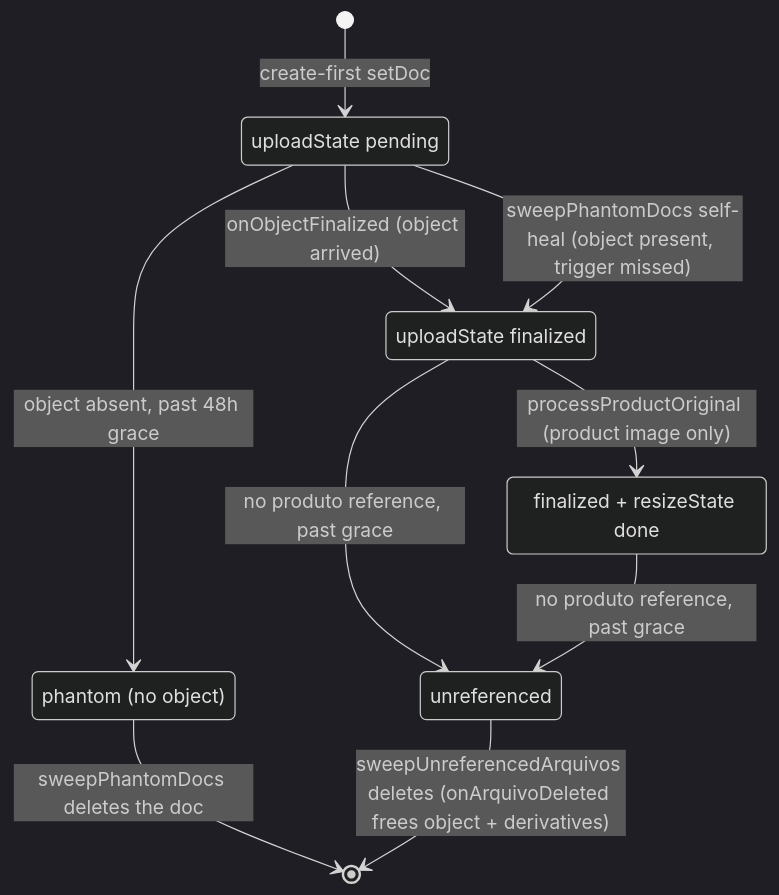
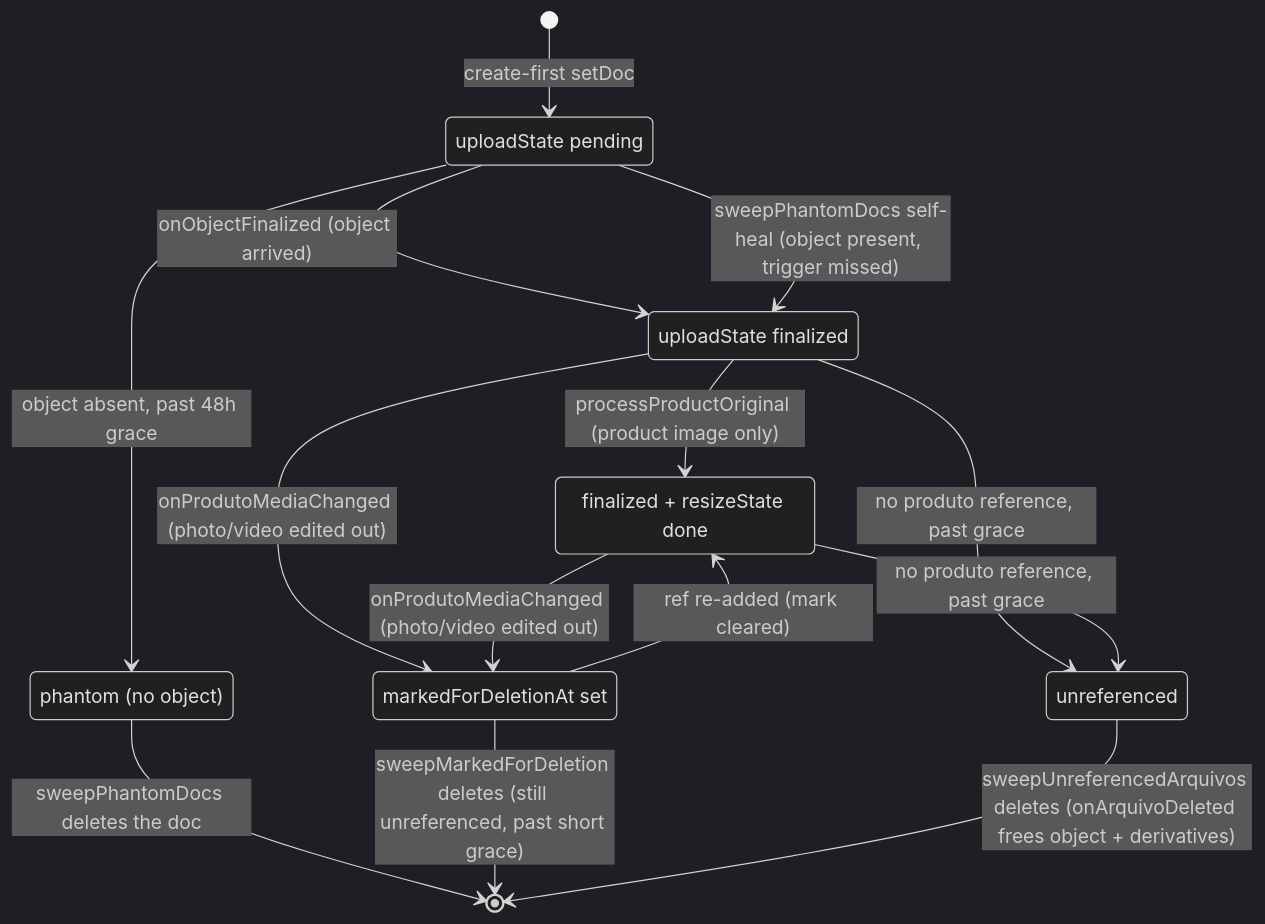
The second of 5 diagrams in apps/docs/src/content/docs/architecture/arquivo-lifecycle.md (Hinten/next_erp), drawn with Mermaid (dark theme) before and after one commit. The commit also changed other lines of this file and 12 other files, not shown here.

````diff
--- a/apps/docs/src/content/docs/architecture/arquivo-lifecycle.md
+++ b/apps/docs/src/content/docs/architecture/arquivo-lifecycle.md
@@ -86,18 +90,23 @@
 ```mermaid
 stateDiagram-v2
     state "uploadState pending" as Pending
     state "uploadState finalized" as Finalized
     state "finalized + resizeState done" as Resized
     state "phantom (no object)" as Phantom
+    state "markedForDeletionAt set" as Marked
     state "unreferenced" as Unreferenced
 
     [*] --> Pending: create-first setDoc
     Pending --> Finalized: onObjectFinalized (object arrived)
     Pending --> Finalized: sweepPhantomDocs self-heal (object present, trigger missed)
     Finalized --> Resized: processProductOriginal (product image only)
     Pending --> Phantom: object absent, past 48h grace
     Phantom --> [*]: sweepPhantomDocs deletes the doc
+    Finalized --> Marked: onProdutoMediaChanged (photo/video edited out)
+    Resized --> Marked: onProdutoMediaChanged (photo/video edited out)
+    Marked --> Resized: ref re-added (mark cleared)
+    Marked --> [*]: sweepMarkedForDeletion deletes (still unreferenced, past short grace)
     Finalized --> Unreferenced: no produto reference, past grace
     Resized --> Unreferenced: no produto reference, past grace
     Unreferenced --> [*]: sweepUnreferencedArquivos deletes (onArquivoDeleted frees object + derivatives)
 ```
````
